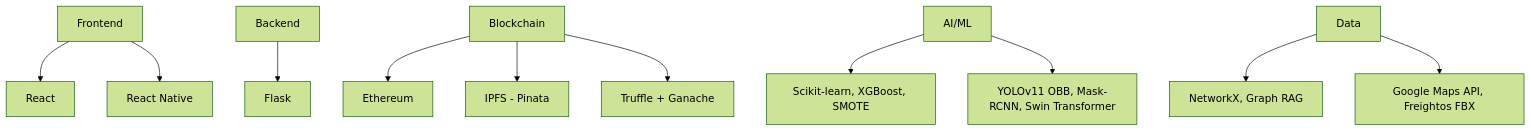
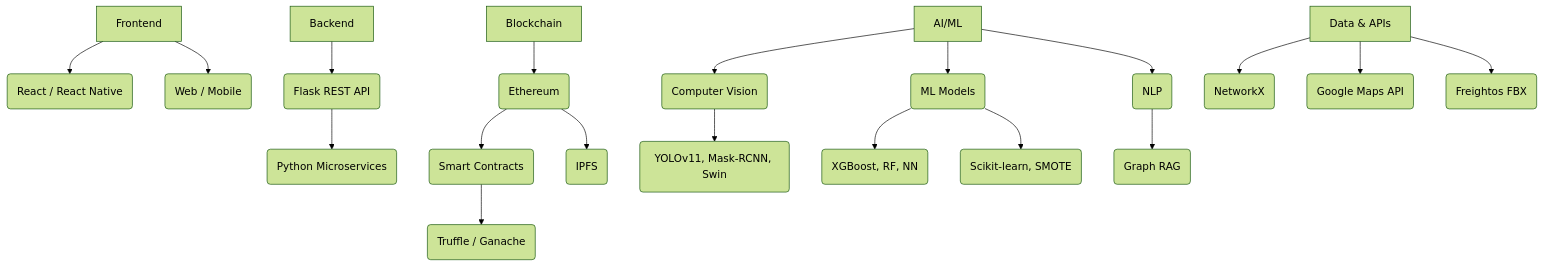
The sixth of 7 diagrams in README.md (vvinayakkk/rgit_codeastra_2k25), drawn with Mermaid (forest theme) before and after one commit. The commit also changed other lines of this file, not shown here.

````diff
--- a/README.md
+++ b/README.md
@@ -120,13 +153,25 @@
 ```mermaid
 graph TD
-    A[Frontend] --> B[React]
-    A --> C[React Native]
-    D[Backend] --> E[Flask]
-    F[Blockchain] --> G[Ethereum]
-    F --> H[IPFS - Pinata]
-    F --> I[Truffle + Ganache]
-    J[AI/ML] --> K[Scikit-learn, XGBoost, SMOTE]
-    J --> L[YOLOv11 OBB, Mask-RCNN, Swin Transformer]
-    M[Data] --> N[NetworkX, Graph RAG]
-    M --> O[Google Maps API, Freightos FBX]
+    A[Frontend] --> B(React / React Native);
+    A --> C(Web / Mobile);
+
+    D[Backend] --> E(Flask REST API);
+    E --> F(Python Microservices);
+
+    G[Blockchain] --> H(Ethereum);
+    H --> I(Smart Contracts);
+    I --> J(Truffle / Ganache);
+    H --> K(IPFS);
+
+    L[AI/ML] --> M(Computer Vision);
+    M --> N(YOLOv11, Mask-RCNN, Swin);
+    L --> O(ML Models);
+    O --> P(XGBoost, RF, NN);
+    O --> Q(Scikit-learn, SMOTE);
+    L --> R(NLP);
+    R --> S(Graph RAG);
+
+    T[Data & APIs] --> U(NetworkX);
+    T --> V(Google Maps API);
+    T --> W(Freightos FBX);
 ```
````
